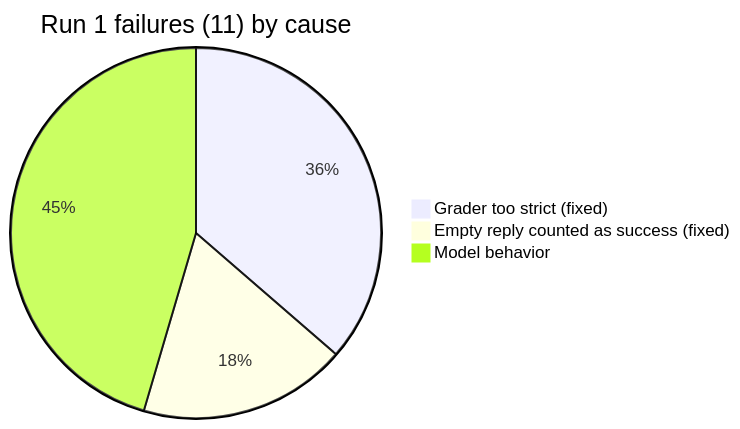
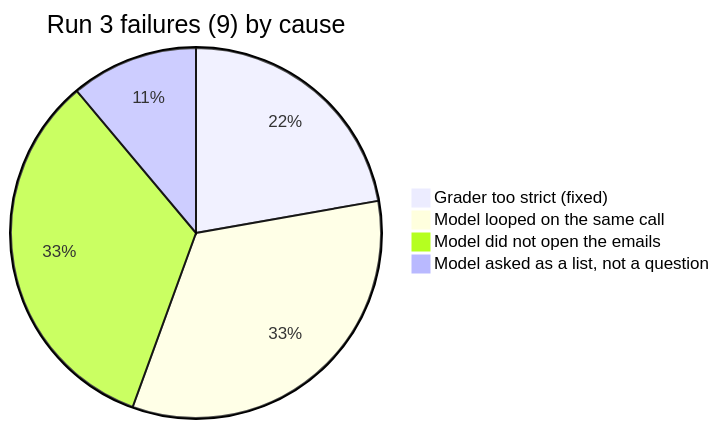
One commit to remy-plus/remy changed the second of 2 diagrams in evals/results/2026-10-25-gpt-5-nano-breakdown.md. Above: the diagram before and after it, drawn with Mermaid. The commit also changed other lines of this file, not shown here.

Commit message:
evals: update the GPT-5 nano breakdown for run 3

````diff
--- a/evals/results/2026-10-25-gpt-5-nano-breakdown.md
+++ b/evals/results/2026-10-25-gpt-5-nano-breakdown.md
@@ -37,6 +44,7 @@
 ```mermaid
-pie title Run 1 failures (11) by cause
-    "Grader too strict (fixed)" : 4
-    "Empty reply counted as success (fixed)" : 2
-    "Model behavior" : 5
+pie title Run 3 failures (9) by cause
+    "Grader too strict (fixed)" : 2
+    "Model looped on the same call" : 3
+    "Model did not open the emails" : 3
+    "Model asked as a list, not a question" : 1
 ```
````
